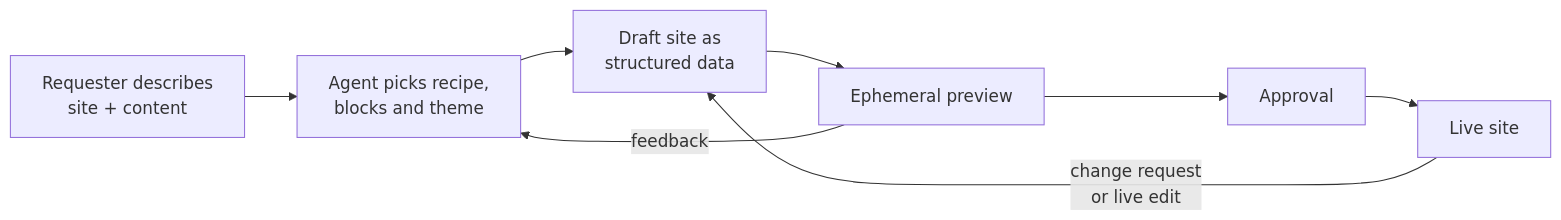
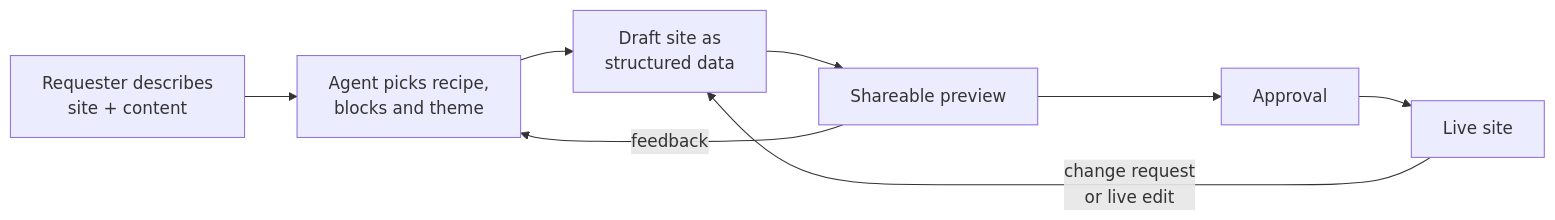
The first of 3 diagrams in docs/vision.mdx (AdiRishi/pakshi), drawn with Mermaid before and after one commit. The commit also changed other lines of this file and 5 other files, not shown here.

````diff
--- a/docs/vision.mdx
+++ b/docs/vision.mdx
@@ -51,10 +51,10 @@
 ```mermaid
 flowchart LR
   A[Requester describes<br/>site + content] --> B[Agent picks recipe,<br/>blocks and theme]
   B --> C[Draft site as<br/>structured data]
-  C --> D[Ephemeral preview]
+  C --> D[Shareable preview]
   D -->|feedback| B
   D --> E[Approval]
   E --> F[Live site]
   F -->|change request<br/>or live edit| C
 ```
````
